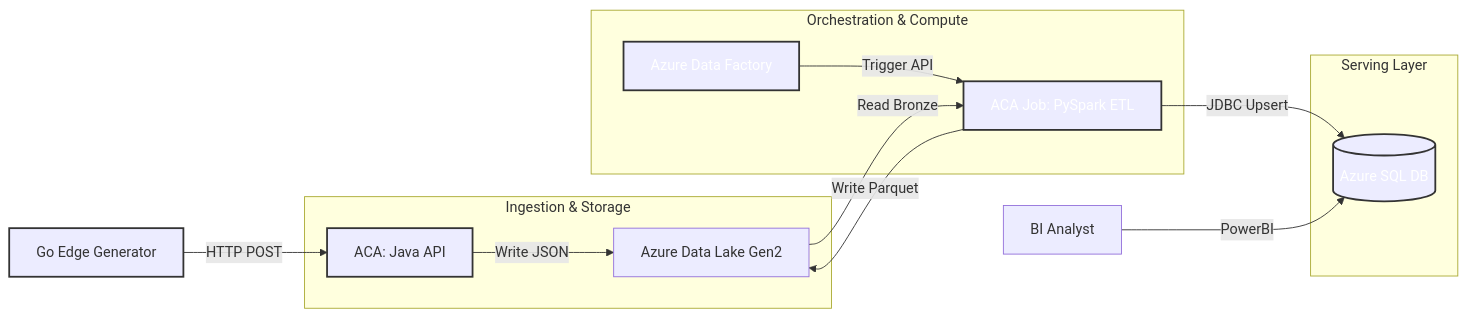
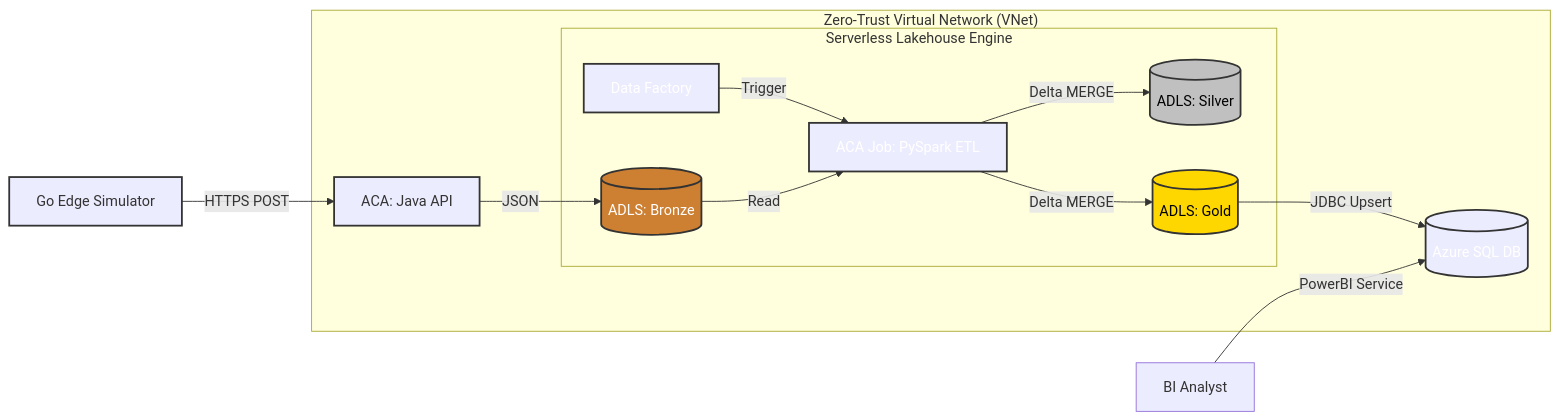
Before and after one commit to Nibir1/craneops-datahub: the diagram in README.md, drawn with Mermaid. The commit also changed other lines of this file and 2 other files, not shown here.

First line of the commit message:
feat: implement idempotent SQL upserts and upgrade Spark container OS dependencies

````diff
--- a/README.md
+++ b/README.md
@@ -45,27 +49,29 @@
 ```mermaid
 graph LR
-    Source[Go Edge Generator] -- "HTTP POST" --> Ingest[ACA: Java API]
+    Source[Go Edge Simulator] -- "HTTPS POST" --> Ingest[ACA: Java API]
     
-    subgraph "Ingestion & Storage"
-        Ingest -- "Write JSON" --> ADLS[Azure Data Lake Gen2]
+    subgraph "Zero-Trust Virtual Network (VNet)"
+        Ingest -- "JSON" --> Bronze[(ADLS: Bronze)]
+        
+        subgraph "Serverless Lakehouse Engine"
+            ADF[Data Factory] -- "Trigger" --> Spark[ACA Job: PySpark ETL]
+            Bronze -- "Read" --> Spark
+            Spark -- "Delta MERGE" --> Silver[(ADLS: Silver)]
+            Spark -- "Delta MERGE" --> Gold[(ADLS: Gold)]
+        end
+        
+        Gold -- "JDBC Upsert" --> SQL[(Azure SQL DB)]
     end
     
-    subgraph "Orchestration & Compute"
-        ADF[Azure Data Factory] -- "Trigger API" --> Spark[ACA Job: PySpark ETL]
-        ADLS -- "Read Bronze" --> Spark
-        Spark -- "Write Parquet" --> ADLS
-    end
-    
-    subgraph "Serving Layer"
-        Spark -- "JDBC Upsert" --> SQL[(Azure SQL DB)]
-    end
-    
-    User[BI Analyst] -- "PowerBI" --> SQL
+    User[BI Analyst] -- "PowerBI Service" --> SQL
     
     style Source stroke:#333,stroke-width:2px
     style Ingest stroke:#333,stroke-width:2px
     style ADF stroke:#333,stroke-width:2px,color:white
     style Spark stroke:#333,stroke-width:2px,color:white
     style SQL stroke:#333,stroke-width:2px,color:white
+    style Bronze fill:#cd7f32,stroke:#333,stroke-width:2px,color:white
+    style Silver fill:#c0c0c0,stroke:#333,stroke-width:2px,color:black
+    style Gold fill:#ffd700,stroke:#333,stroke-width:2px,color:black
 
 ```
````
